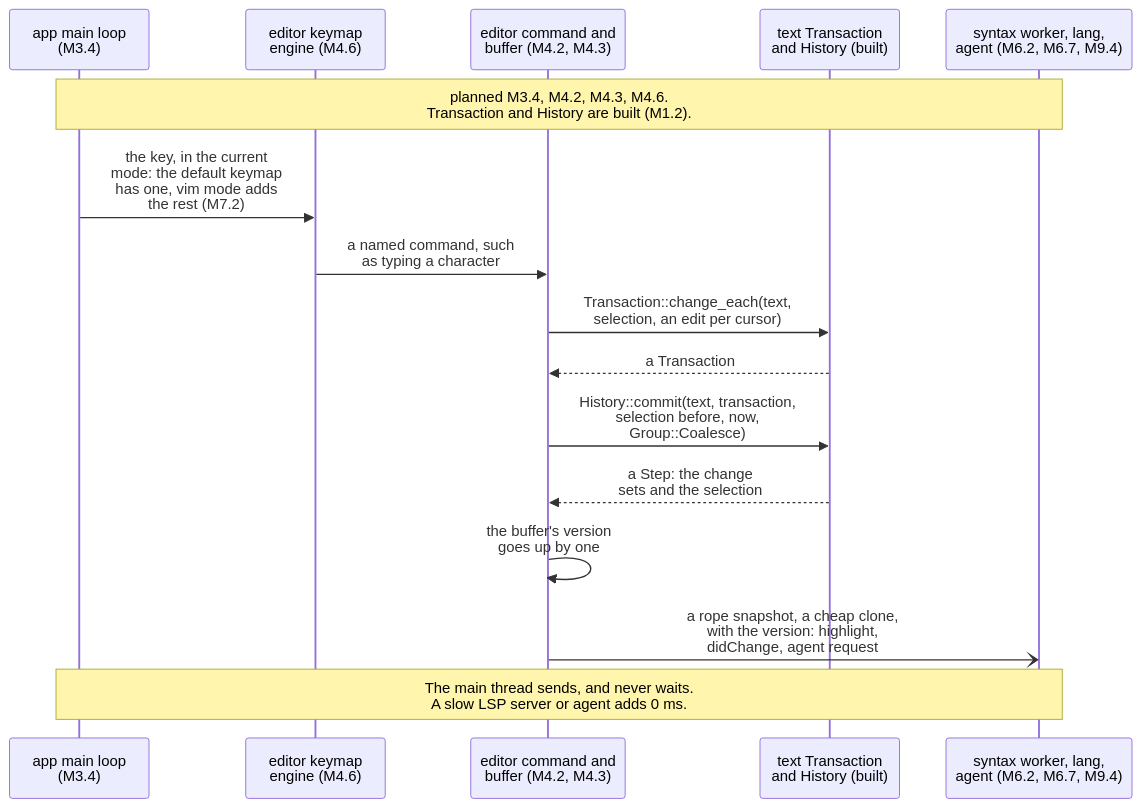
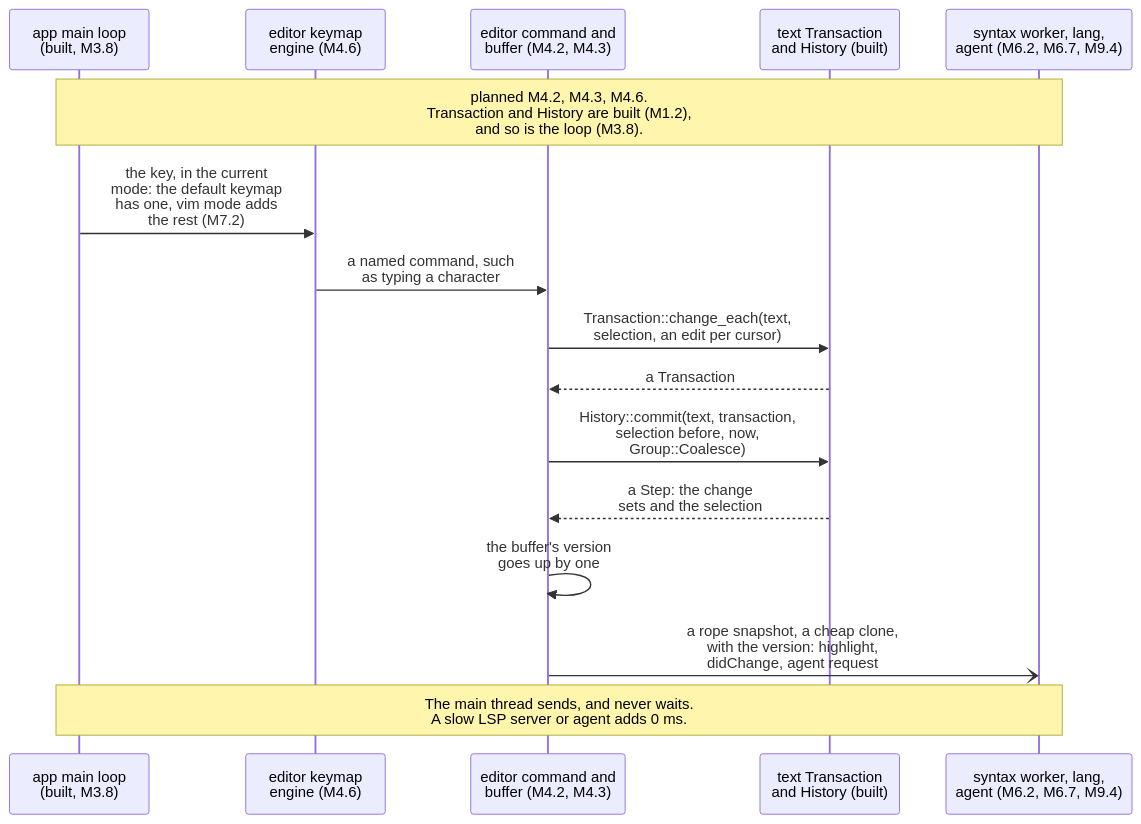
Before and after one commit to jabbott-iii/Tidepool: diagram 13 of 24 in diagrams/sequence-diagrams.md, drawn with Mermaid. The commit also changed other lines of this file and 27 other files, not shown here.

First line of the commit message:
feat(gui,app)!: the event-driven main loop (M3.8, ADR-0059)

````diff
--- a/diagrams/sequence-diagrams.md
+++ b/diagrams/sequence-diagrams.md
@@ -679,19 +676,19 @@
 ```mermaid
 sequenceDiagram
-    participant ML as app main loop<br/>(M3.4)
+    participant ML as app main loop<br/>(built, M3.8)
     participant Keys as editor keymap<br/>engine (M4.6)
     participant Cmd as editor command and<br/>buffer (M4.2, M4.3)
     participant Txt as text Transaction<br/>and History (built)
     participant Bg as syntax worker, lang,<br/>agent (M6.2, M6.7, M9.4)
 
-    Note over ML,Bg: planned M3.4, M4.2, M4.3, M4.6.<br/>Transaction and History are built (M1.2).
+    Note over ML,Bg: planned M4.2, M4.3, M4.6.<br/>Transaction and History are built (M1.2),<br/>and so is the loop (M3.8).
     ML->>Keys: the key, in the current<br/>mode: the default keymap<br/>has one, vim mode adds<br/>the rest (M7.2)
     Keys->>Cmd: a named command, such<br/>as typing a character
     Cmd->>Txt: Transaction::change_each(text,<br/>selection, an edit per cursor)
     Txt-->>Cmd: a Transaction
     Cmd->>Txt: History::commit(text, transaction,<br/>selection before, now,<br/>Group::Coalesce)
     Txt-->>Cmd: a Step: the change<br/>sets and the selection
     Cmd->>Cmd: the buffer's version<br/>goes up by one
     Cmd-)Bg: a rope snapshot, a cheap clone,<br/>with the version: highlight,<br/>didChange, agent request
     Note over ML,Bg: The main thread sends, and never waits.<br/>A slow LSP server or agent adds 0 ms.
 ```
````
